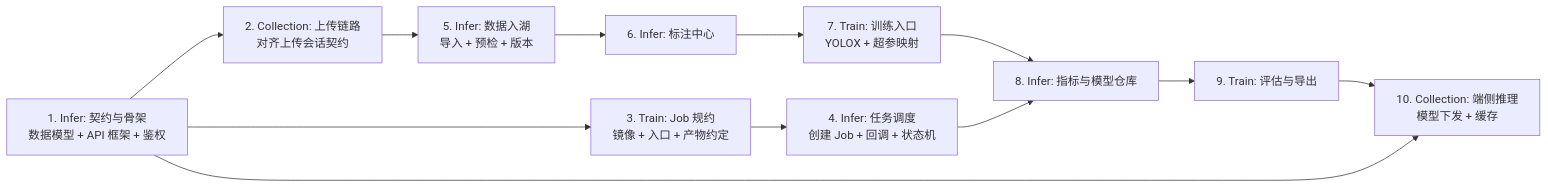
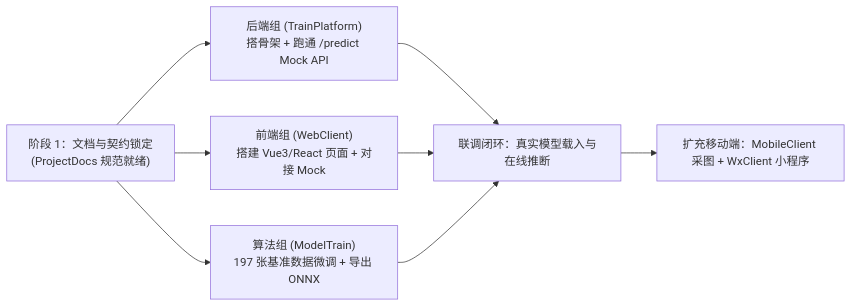
Before and after one commit to QingMouFoodDate/ProjectPRD: the second of 2 diagrams in REPOS.md, drawn with Mermaid. The commit also changed other lines of this file and 8 other files, not shown here.

````diff
--- a/REPOS.md
+++ b/REPOS.md
@@ -111,14 +115,10 @@
 ```mermaid
 flowchart LR
-    A["1. Infer: 契约与骨架<br/>数据模型 + API 框架 + 鉴权"] --> B["2. Collection: 上传链路<br/>对齐上传会话契约"]
-    A --> C["3. Train: Job 规约<br/>镜像 + 入口 + 产物约定"]
-    C --> D["4. Infer: 任务调度<br/>创建 Job + 回调 + 状态机"]
-    B --> E["5. Infer: 数据入湖<br/>导入 + 预检 + 版本"]
-    E --> F["6. Infer: 标注中心"]
-    F --> G["7. Train: 训练入口<br/>YOLOX + 超参映射"]
-    G --> H["8. Infer: 指标与模型仓库"]
-    D --> H
-    H --> I["9. Train: 评估与导出"]
-    I --> J["10. Collection: 端侧推理<br/>模型下发 + 缓存"]
-    A --> J
+    A["阶段 1：文档与契约锁定<br/>(ProjectDocs 规范就绪)"] --> B["后端组 (TrainPlatform)<br/>搭骨架 + 跑通 /predict Mock API"]
+    A --> C["前端组 (WebClient)<br/>搭建 Vue3/React 页面 + 对接 Mock"]
+    A --> D["算法组 (ModelTrain)<br/>197 张基准数据微调 + 导出 ONNX"]
+    B --> E["联调闭环：真实模型载入与在线推断"]
+    C --> E
+    D --> E
+    E --> F["扩充移动端：MobileClient 采图 + WxClient 小程序"]
 ```
````
